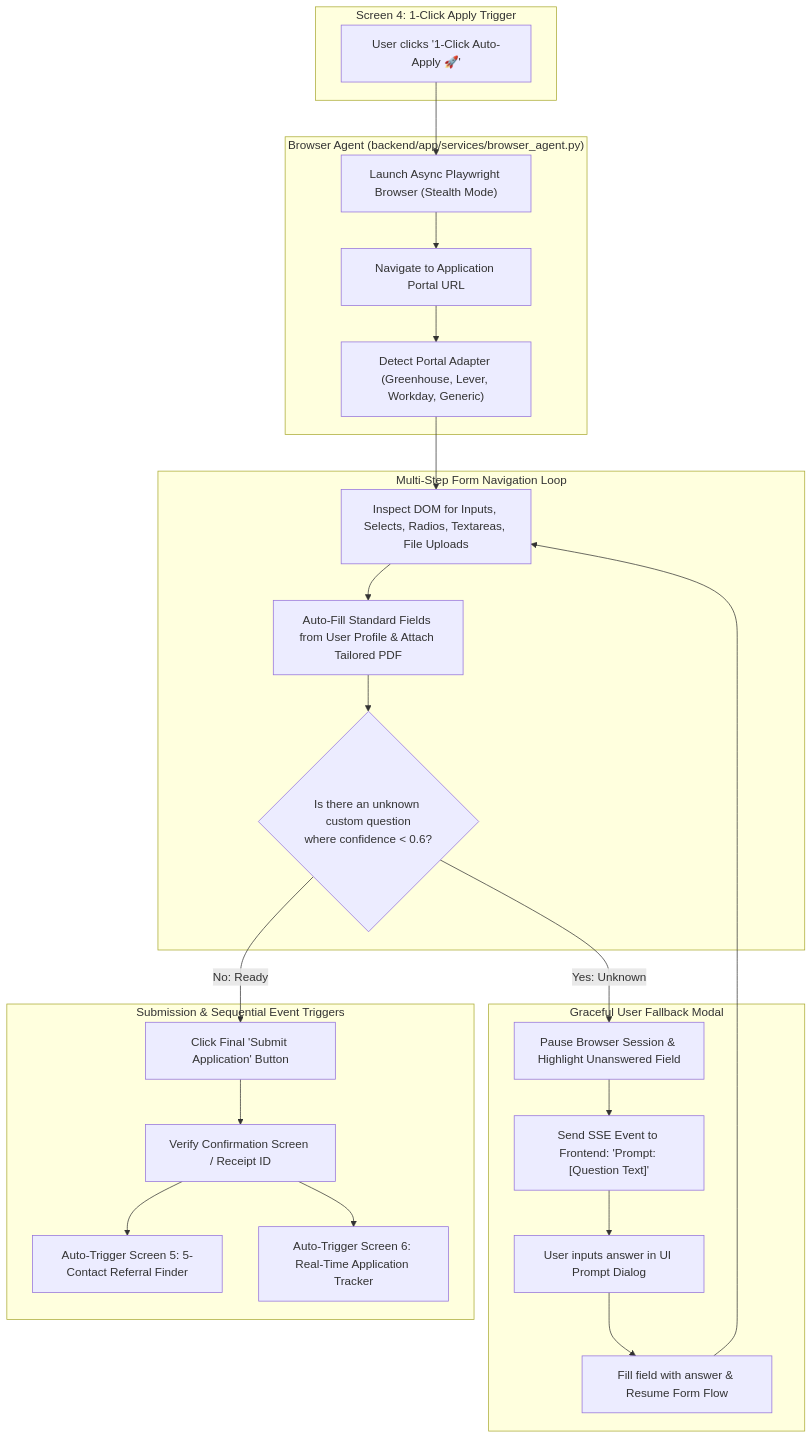
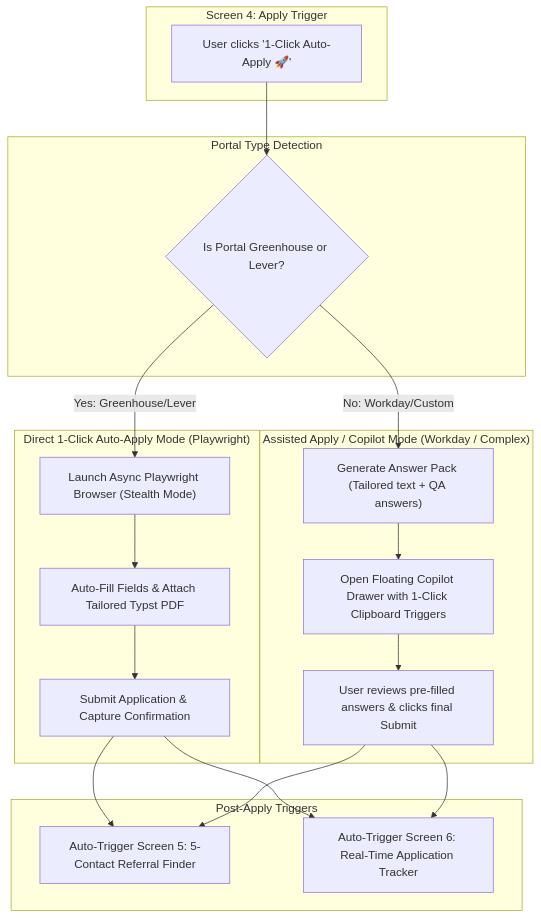
One commit to creed-online/getaJob.ai changed the fifth of 7 diagrams in Docs/IMPLEMENTATION_PLAN.md. Above: the diagram before and after it, drawn with Mermaid. The commit also changed other lines of this file and 3 other files, not shown here.

Commit message:
docs: sync wiki with refactored architecture

````diff
--- a/Docs/IMPLEMENTATION_PLAN.md
+++ b/Docs/IMPLEMENTATION_PLAN.md
@@ -332,38 +305,33 @@
 ```mermaid
 flowchart TD
-    subgraph Trigger ["Screen 4: 1-Click Apply Trigger"]
+    subgraph Trigger ["Screen 4: Apply Trigger"]
         Start["User clicks '1-Click Auto-Apply 🚀'"]
     end
 
-    subgraph BrowserSession ["Browser Agent (backend/app/services/browser_agent.py)"]
-        Launch["Launch Async Playwright Browser (Stealth Mode)"]
-        Nav["Navigate to Application Portal URL"]
-        Detect["Detect Portal Adapter (Greenhouse, Lever, Workday, Generic)"]
+    subgraph PortalDetection ["Portal Type Detection"]
+        Detect{"Is Portal Greenhouse or Lever?"}
     end
 
-    subgraph FormWalker ["Multi-Step Form Navigation Loop"]
-        Inspect["Inspect DOM for Inputs, Selects, Radios, Textareas, File Uploads"]
-        MapKnown["Auto-Fill Standard Fields from User Profile & Attach Tailored PDF"]
-        CheckCustom{"Is there an unknown custom question\nwhere confidence < 0.6?"}
+    subgraph DirectAutoApply ["Direct 1-Click Auto-Apply Mode (Playwright)"]
+        Launch["Launch Async Playwright Browser (Stealth Mode)"]
+        AutoFill["Auto-Fill Fields & Attach Tailored Typst PDF"]
+        SubmitDirect["Submit Application & Capture Confirmation"]
     end
 
-    subgraph Escalation ["Graceful User Fallback Modal"]
-        Pause["Pause Browser Session & Highlight Unanswered Field"]
-        SendSSE["Send SSE Event to Frontend: 'Prompt: [Question Text]'"]
-        UserAnswer["User inputs answer in UI Prompt Dialog"]
-        Resume["Fill field with answer & Resume Form Flow"]
+    subgraph AssistedCopilot ["Assisted Apply / Copilot Mode (Workday / Complex)"]
+        GenPack["Generate Answer Pack (Tailored text + QA answers)"]
+        DrawerUI["Open Floating Copilot Drawer with 1-Click Clipboard Triggers"]
+        ManualConfirm["User reviews pre-filled answers & clicks final Submit"]
     end
 
-    subgraph Submission ["Submission & Sequential Event Triggers"]
-        SubmitForm["Click Final 'Submit Application' Button"]
-        Verify["Verify Confirmation Screen / Receipt ID"]
+    subgraph SequentialTriggers ["Post-Apply Triggers"]
         TriggerStep6["Auto-Trigger Screen 5: 5-Contact Referral Finder"]
         TriggerStep7["Auto-Trigger Screen 6: Real-Time Application Tracker"]
     end
 
-    Start --> Launch --> Nav --> Detect --> Inspect --> MapKnown
-    MapKnown --> CheckCustom
-    CheckCustom -->|Yes: Unknown| Pause --> SendSSE --> UserAnswer --> Resume --> Inspect
-    CheckCustom -->|No: Ready| SubmitForm --> Verify --> TriggerStep6
-    Verify --> TriggerStep7
+    Start --> Detect
+    Detect -->|Yes: Greenhouse/Lever| Launch --> AutoFill --> SubmitDirect --> TriggerStep6
+    Detect -->|No: Workday/Custom| GenPack --> DrawerUI --> ManualConfirm --> TriggerStep6
+    SubmitDirect --> TriggerStep7
+    ManualConfirm --> TriggerStep7
 ```
````
